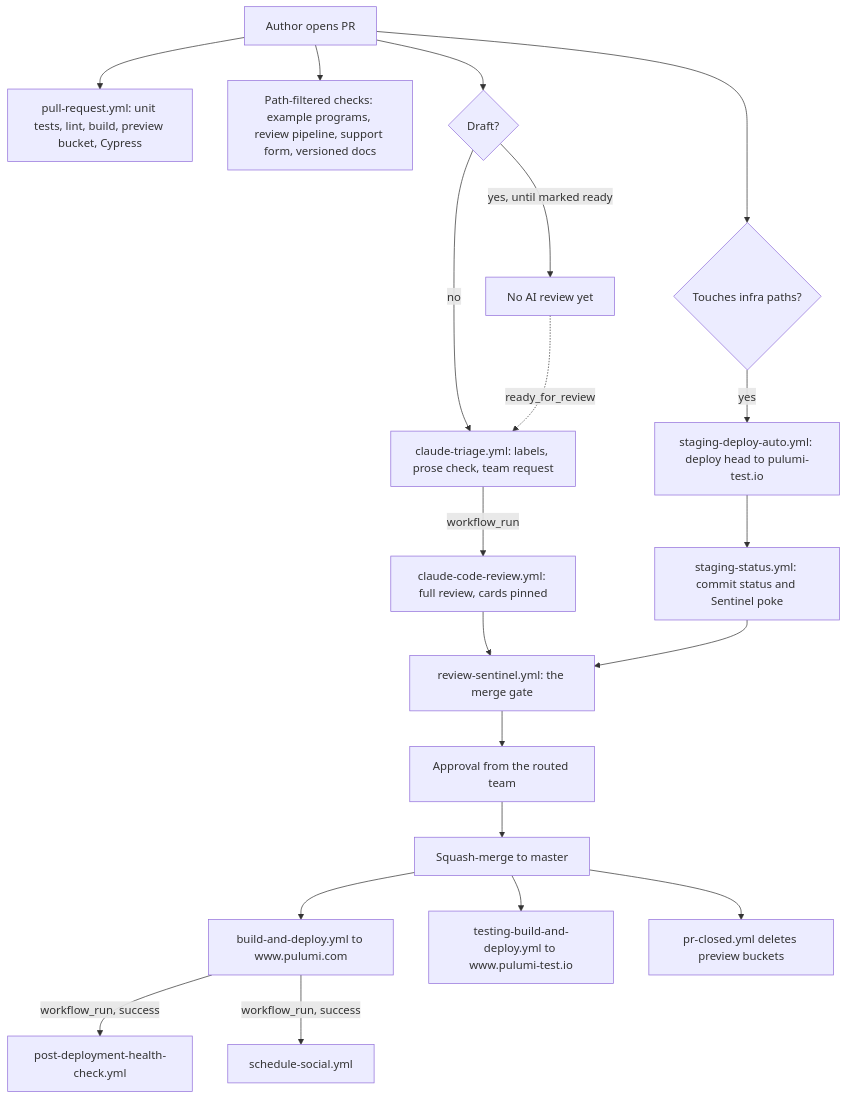
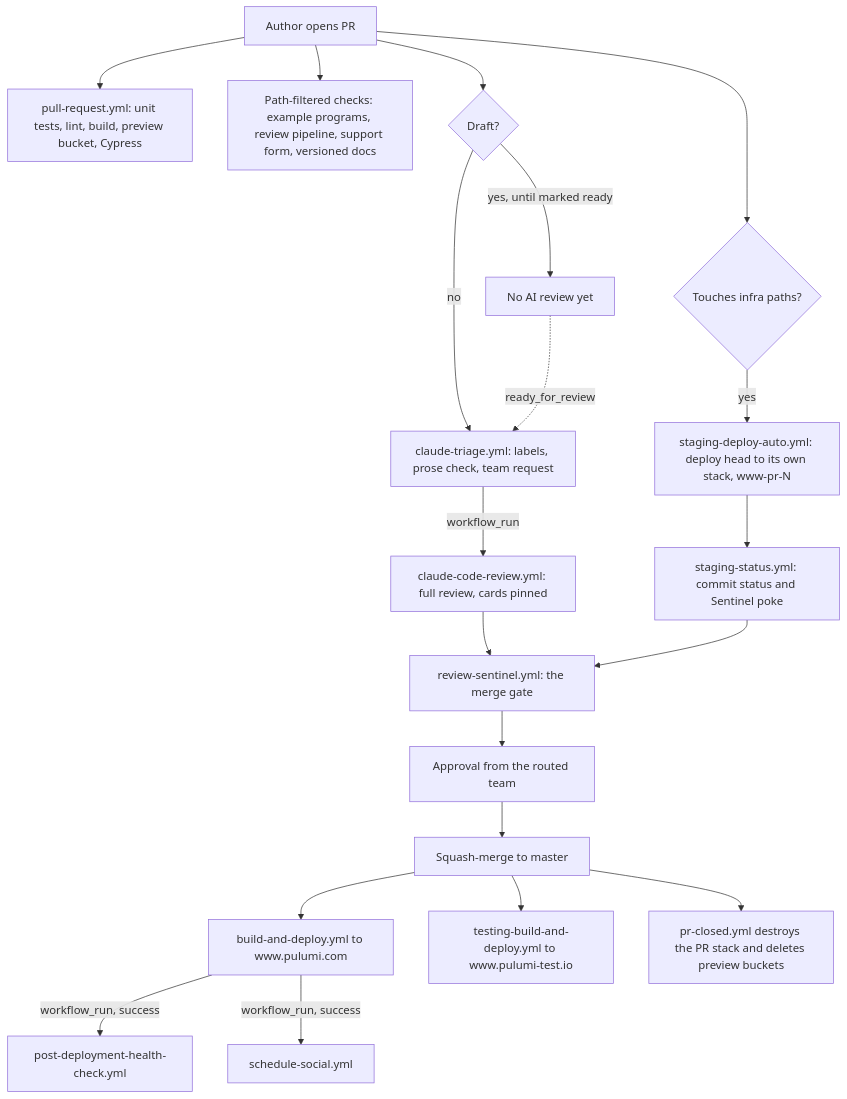
Before and after one commit to pulumi/docs: the second of 9 diagrams in BUILD-AND-DEPLOY.md, drawn with Mermaid. The commit also changed other lines of this file and 16 other files, not shown here.

First line of the commit message:
Deploy infra PRs to their own stacks; keep pulumi-test.io master-only

````diff
--- a/BUILD-AND-DEPLOY.md
+++ b/BUILD-AND-DEPLOY.md
@@ -1067,22 +1067,22 @@
 ```mermaid
 flowchart TD
   A["`Author opens PR`"] --> P["`pull-request.yml: unit tests, lint, build, preview bucket, Cypress`"]
   A --> X["`Path-filtered checks: example programs, review pipeline, support form, versioned docs`"]
   A --> DR{"`Draft?`"}
   DR -->|yes, until marked ready| WAIT["`No AI review yet`"]
   DR -->|no| T["`claude-triage.yml: labels, prose check, team request`"]
   WAIT -.->|ready_for_review| T
   T -->|workflow_run| R["`claude-code-review.yml: full review, cards pinned`"]
   A --> I{"`Touches infra paths?`"}
-  I -->|yes| SD["`staging-deploy-auto.yml: deploy head to pulumi-test.io`"]
+  I -->|yes| SD["`staging-deploy-auto.yml: deploy head to its own stack, www-pr-N`"]
   SD --> SS["`staging-status.yml: commit status and Sentinel poke`"]
   R --> S["`review-sentinel.yml: the merge gate`"]
   SS --> S
   S --> H["`Approval from the routed team`"]
   H --> M["`Squash-merge to master`"]
   M --> BD["`build-and-deploy.yml to www.pulumi.com`"]
   M --> TD["`testing-build-and-deploy.yml to www.pulumi-test.io`"]
-  M --> PC["`pr-closed.yml deletes preview buckets`"]
+  M --> PC["`pr-closed.yml destroys the PR stack and deletes preview buckets`"]
   BD -->|workflow_run, success| HC["`post-deployment-health-check.yml`"]
   BD -->|workflow_run, success| SO["`schedule-social.yml`"]
 ```
````
